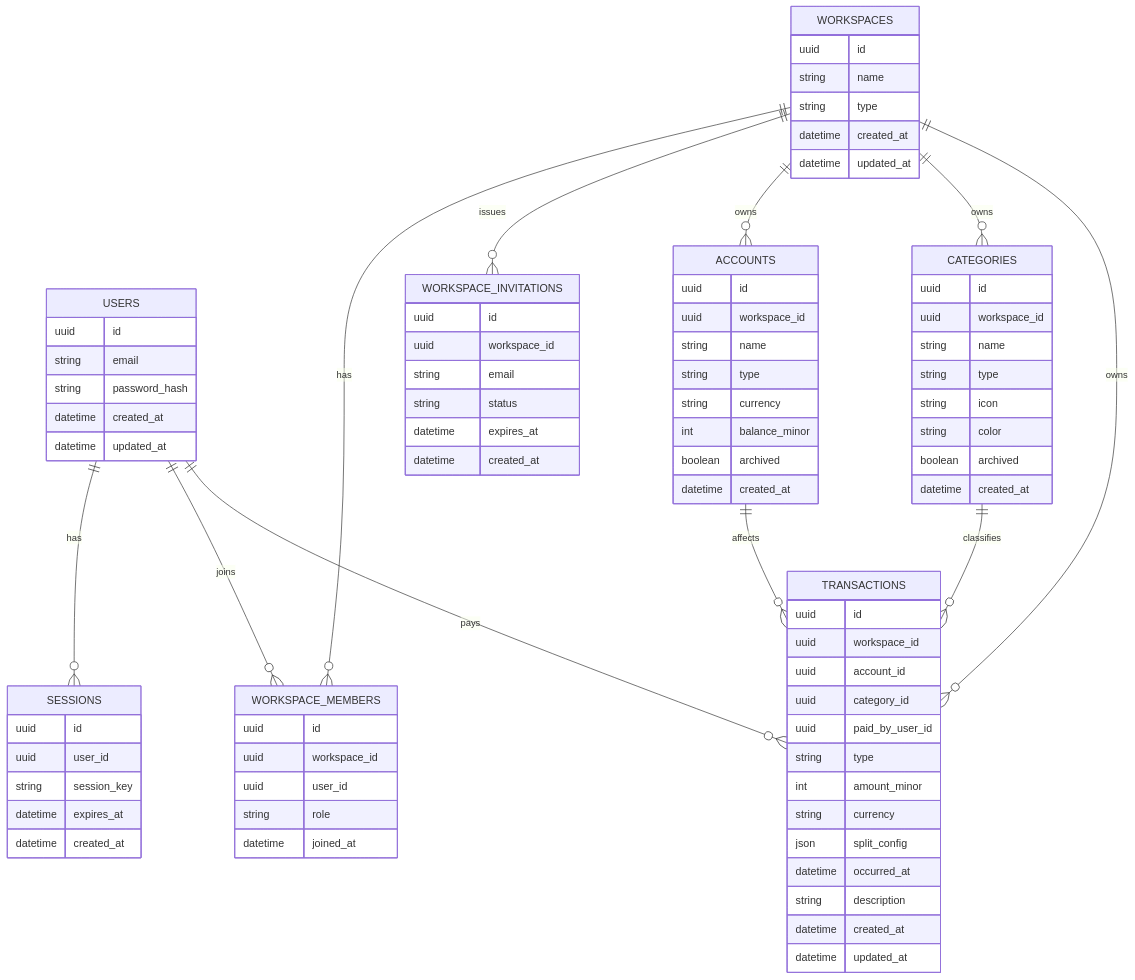
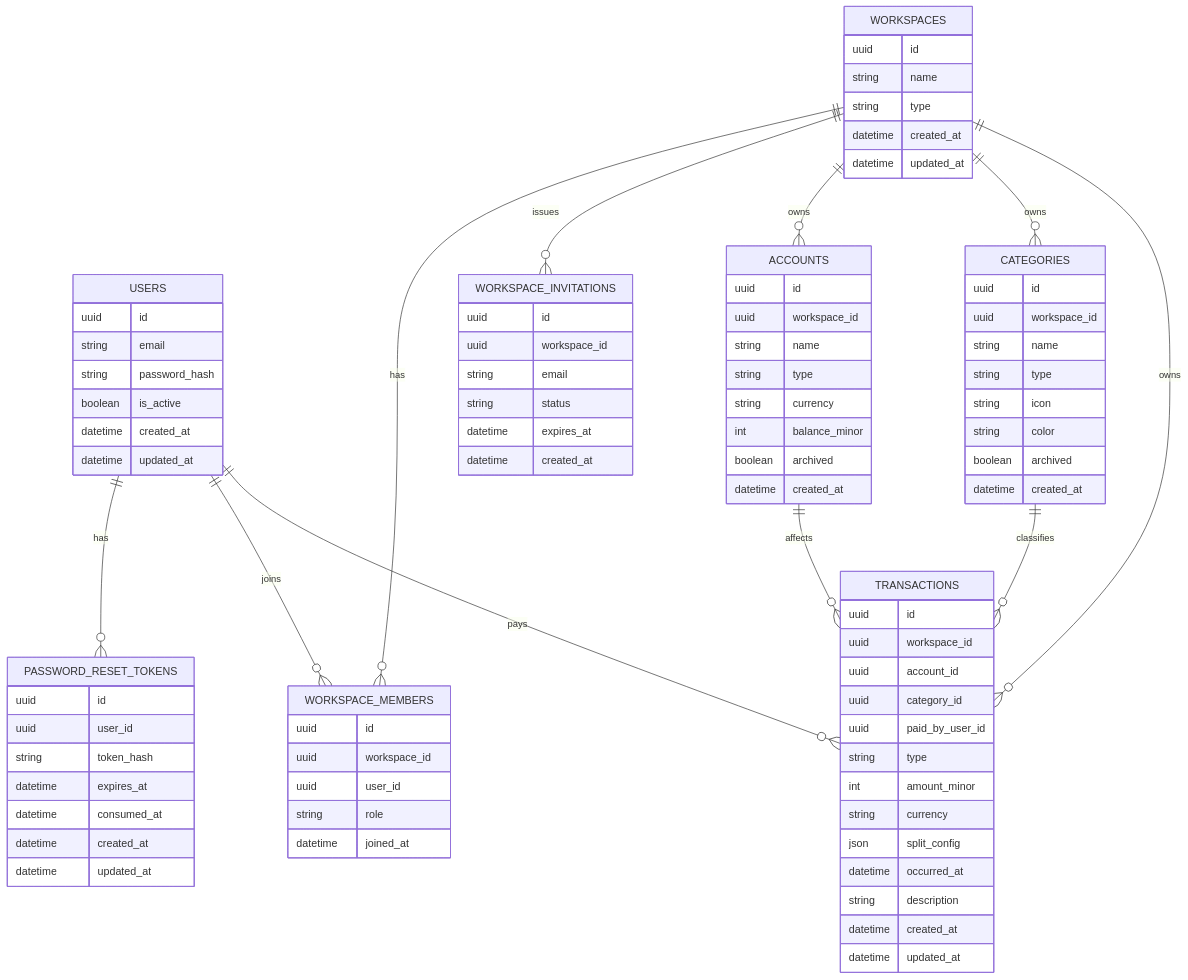
The diagram in docs/architecture/data-model.md (creep1ng/shared-expenses-tracking), drawn with Mermaid before and after one commit. The commit also changed other lines of this file and 45 other files, not shown here.

````diff
--- a/docs/architecture/data-model.md
+++ b/docs/architecture/data-model.md
@@ -92,6 +118,6 @@
 ```mermaid
 erDiagram
-    USERS ||--o{ SESSIONS : has
+    USERS ||--o{ PASSWORD_RESET_TOKENS : has
     USERS ||--o{ WORKSPACE_MEMBERS : joins
     WORKSPACES ||--o{ WORKSPACE_MEMBERS : has
     WORKSPACES ||--o{ WORKSPACE_INVITATIONS : issues
@@ -106,16 +132,19 @@
         uuid id
         string email
         string password_hash
+        boolean is_active
         datetime created_at
         datetime updated_at
     }
 
-    SESSIONS {
+    PASSWORD_RESET_TOKENS {
         uuid id
         uuid user_id
-        string session_key
+        string token_hash
         datetime expires_at
+        datetime consumed_at
         datetime created_at
+        datetime updated_at
     }
 
     WORKSPACES {
````
